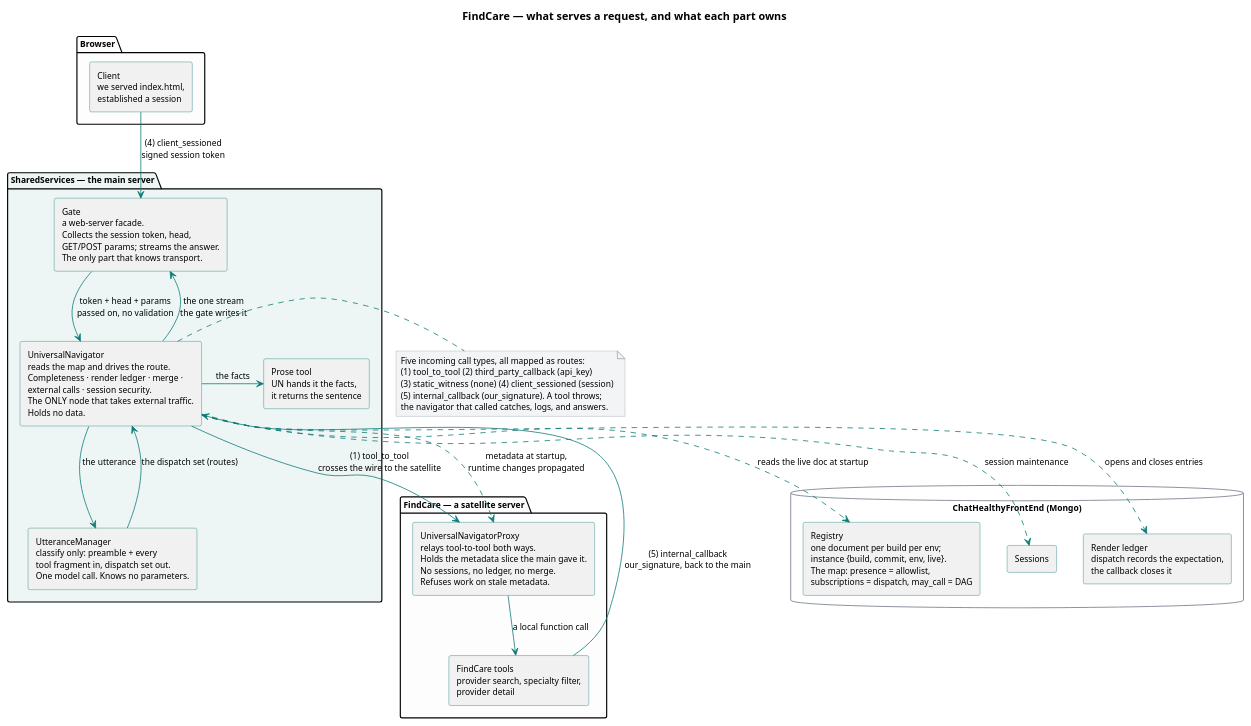
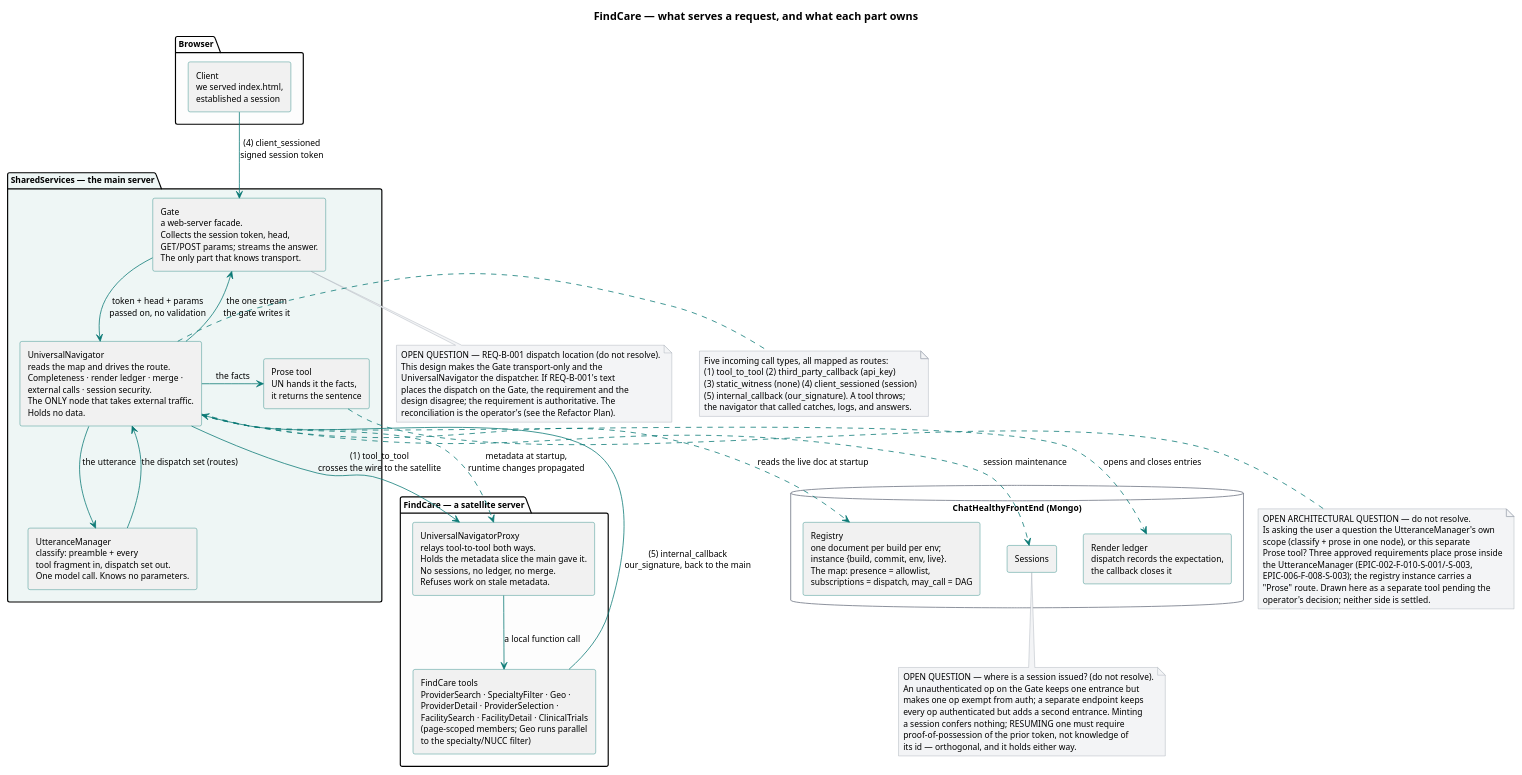
One commit to SkipSnow/ChatHealthyRepo changed the diagram in brain/machine_artifacts/diagramsAndImages/sources/findcare_gate_components.puml. Above: the diagram before and after it, drawn with PlantUML. The commit also changed 125 other files, not shown here.

```diff
--- a/brain/machine_artifacts/diagramsAndImages/sources/findcare_gate_components.puml
+++ b/brain/machine_artifacts/diagramsAndImages/sources/findcare_gate_components.puml
@@ -1,58 +1,88 @@
 @startuml
 title FindCare — what serves a request, and what each part owns
 
 skinparam componentStyle rectangle
 skinparam shadowing false
 skinparam defaultFontName Segoe UI
 skinparam defaultFontSize 11
 skinparam ArrowColor #0b7a75
 skinparam ComponentBorderColor #0b7a75
 skinparam DatabaseBorderColor #6b7280
 skinparam NoteBackgroundColor #f3f4f6
 skinparam NoteBorderColor #9ca3af
 
 package "Browser" #fdfdfd {
   [Client\nwe served index.html,\nestablished a session] as CLIENT
 }
 
 package "SharedServices — the main server" #eef6f5 {
   [Gate\na web-server facade.\nCollects the session token, head,\nGET/POST params; streams the answer.\nThe only part that knows transport.] as GATE
   [UniversalNavigator\nreads the map and drives the route.\nCompleteness · render ledger · merge ·\nexternal calls · session security.\nThe ONLY node that takes external traffic.\nHolds no data.] as UN
-  [UtteranceManager\nclassify only: preamble + every\ntool fragment in, dispatch set out.\nOne model call. Knows no parameters.] as UM
+  [UtteranceManager\nclassify: preamble + every\ntool fragment in, dispatch set out.\nOne model call. Knows no parameters.] as UM
   [Prose tool\nUN hands it the facts,\nit returns the sentence] as PROSE
 }
 
+note bottom of PROSE
+  OPEN ARCHITECTURAL QUESTION — do not resolve.
+  Is asking the user a question the UtteranceManager's own
+  scope (classify + prose in one node), or this separate
+  Prose tool? Three approved requirements place prose inside
+  the UtteranceManager (EPIC-002-F-010-S-001/-S-003,
+  EPIC-006-F-008-S-003); the registry instance carries a
+  "Prose" route. Drawn here as a separate tool pending the
+  operator's decision; neither side is settled.
+end note
+
 package "FindCare — a satellite server" #fdfdfd {
   [UniversalNavigatorProxy\nrelays tool-to-tool both ways.\nHolds the metadata slice the main gave it.\nNo sessions, no ledger, no merge.\nRefuses work on stale metadata.] as PROXY
-  [FindCare tools\nprovider search, specialty filter,\nprovider detail] as TOOLS
+  [FindCare tools\nProviderSearch · SpecialtyFilter · Geo ·\nProviderDetail · ProviderSelection ·\nFacilitySearch · FacilityDetail · ClinicalTrials\n(page-scoped members; Geo runs parallel\nto the specialty/NUCC filter)] as TOOLS
 }
 
 database "ChatHealthyFrontEnd (Mongo)" as MONGO {
   [Registry\none document per build per env;\ninstance {build, commit, env, live}.\nThe map: presence = allowlist,\nsubscriptions = dispatch, may_call = DAG] as REG
   [Sessions] as SESS
   [Render ledger\ndispatch records the expectation,\nthe callback closes it] as LEDGER
 }
 
 CLIENT -down-> GATE : (4) client_sessioned\nsigned session token
 GATE -down-> UN : token + head + params\npassed on, no validation
 UN -down-> UM : the utterance
 UM -up-> UN : the dispatch set (routes)
 UN -down-> PROXY : (1) tool_to_tool\ncrosses the wire to the satellite
 PROXY -down-> TOOLS : a local function call
 UN -right-> PROSE : the facts
 TOOLS -up-> UN : (5) internal_callback\nour_signature, back to the main
 UN -up-> GATE : the one stream\nthe gate writes it
 
 UN ..> REG : reads the live doc at startup
 UN ..> SESS : session maintenance
 UN ..> LEDGER : opens and closes entries
 UN ..> PROXY : metadata at startup,\nruntime changes propagated
 
 note right of UN
   Five incoming call types, all mapped as routes:
   (1) tool_to_tool  (2) third_party_callback (api_key)
   (3) static_witness (none)  (4) client_sessioned (session)
   (5) internal_callback (our_signature). A tool throws;
   the navigator that called catches, logs, and answers.
 end note
+
+note bottom of GATE
+  OPEN QUESTION — REQ-B-001 dispatch location (do not resolve).
+  This design makes the Gate transport-only and the
+  UniversalNavigator the dispatcher. If REQ-B-001's text
+  places the dispatch on the Gate, the requirement and the
+  design disagree; the requirement is authoritative. The
+  reconciliation is the operator's (see the Refactor Plan).
+end note
+
+note bottom of SESS
+  OPEN QUESTION — where is a session issued? (do not resolve).
+  An unauthenticated op on the Gate keeps one entrance but
+  makes one op exempt from auth; a separate endpoint keeps
+  every op authenticated but adds a second entrance. Minting
+  a session confers nothing; RESUMING one must require
+  proof-of-possession of the prior token, not knowledge of
+  its id — orthogonal, and it holds either way.
+end note
 @enduml
```
